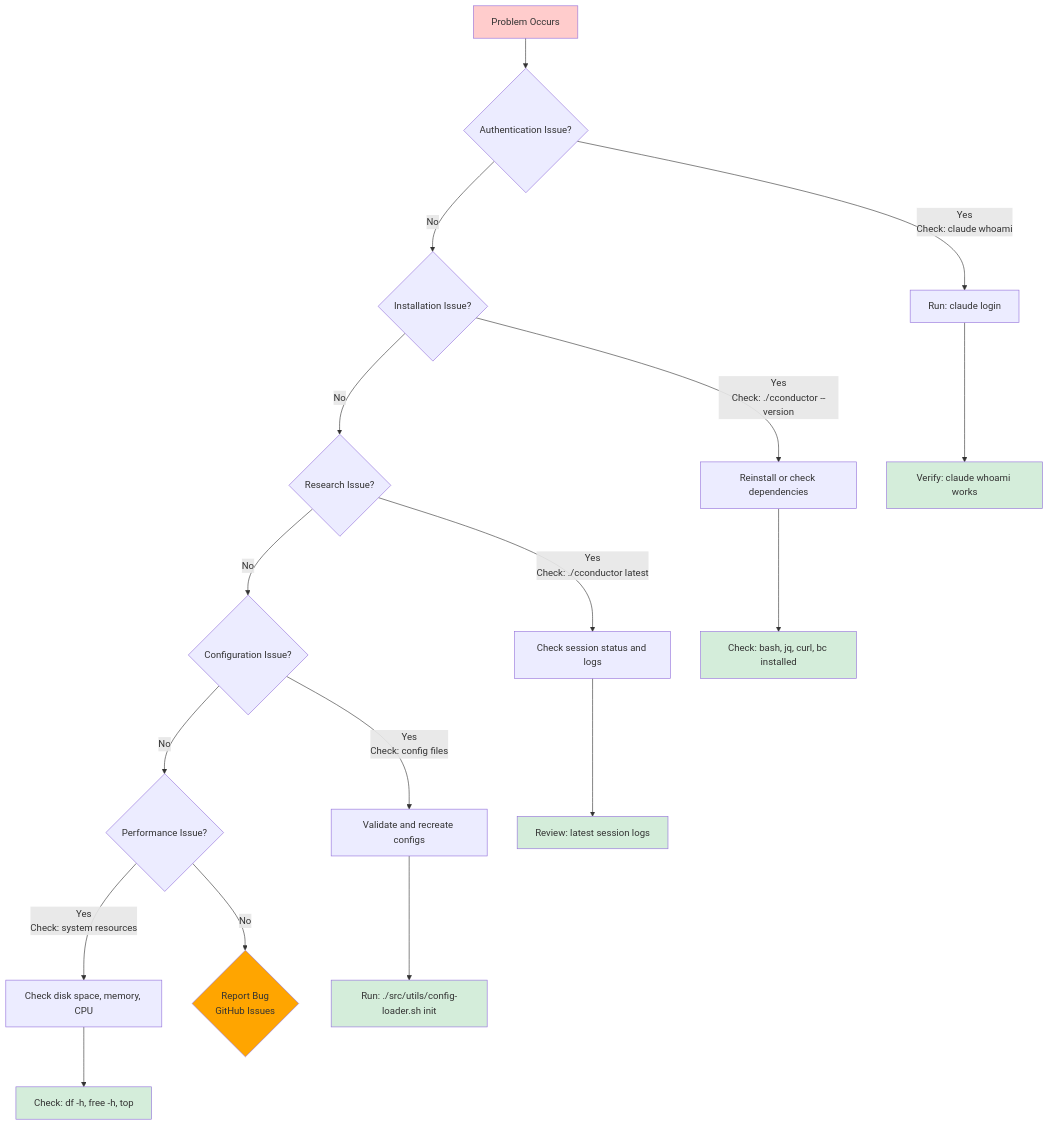
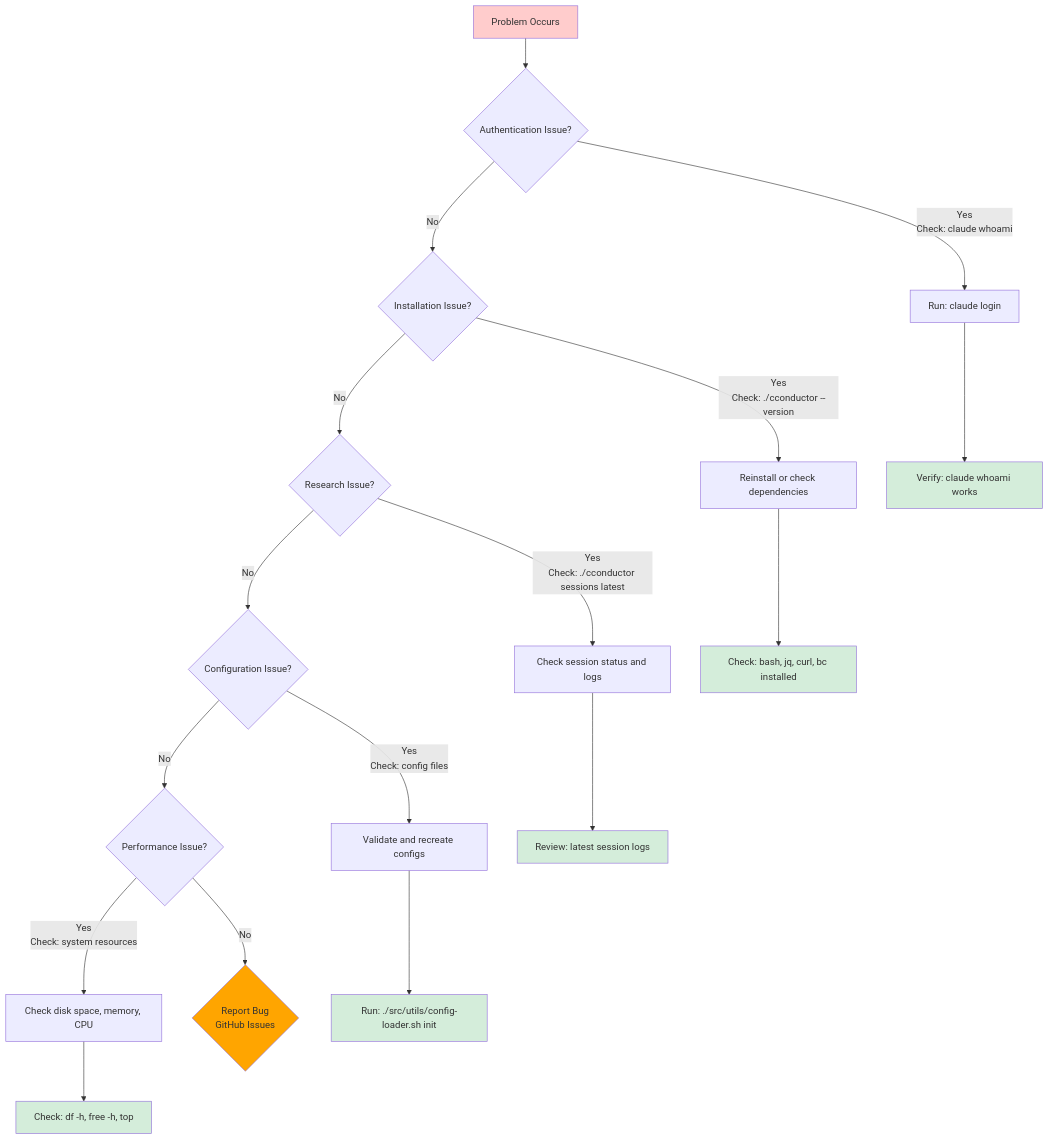
The diagram in docs/TROUBLESHOOTING.md (yaniv-golan/cconductor), drawn with Mermaid before and after one commit. The commit also changed other lines of this file and 12 other files, not shown here.

````diff
--- a/docs/TROUBLESHOOTING.md
+++ b/docs/TROUBLESHOOTING.md
@@ -65,28 +64,28 @@
 ```mermaid
 flowchart TD
     A[Problem Occurs] --> B{Authentication Issue?}
     B -->|Yes<br/>Check: claude whoami| C[Run: claude login]
     B -->|No| D{Installation Issue?}
     D -->|Yes<br/>Check: ./cconductor --version| E[Reinstall or check dependencies]
     D -->|No| F{Research Issue?}
-    F -->|Yes<br/>Check: ./cconductor latest| G[Check session status and logs]
+    F -->|Yes<br/>Check: ./cconductor sessions latest| G[Check session status and logs]
     F -->|No| H{Configuration Issue?}
     H -->|Yes<br/>Check: config files| I[Validate and recreate configs]
     H -->|No| J{Performance Issue?}
     J -->|Yes<br/>Check: system resources| K[Check disk space, memory, CPU]
     J -->|No| L{Report Bug<br/>GitHub Issues}
 
     C --> M[Verify: claude whoami works]
     E --> N[Check: bash, jq, curl, bc installed]
     G --> O[Review: latest session logs]
     I --> P[Run: ./src/utils/config-loader.sh init]
     K --> Q[Check: df -h, free -h, top]
 
     style A fill:#ffcccc
     style L fill:#ffa500
     style M fill:#d4edda
     style N fill:#d4edda
     style O fill:#d4edda
     style P fill:#d4edda
     style Q fill:#d4edda
 ```
````
